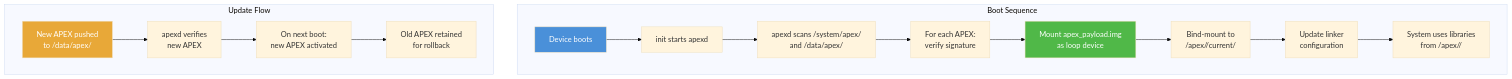
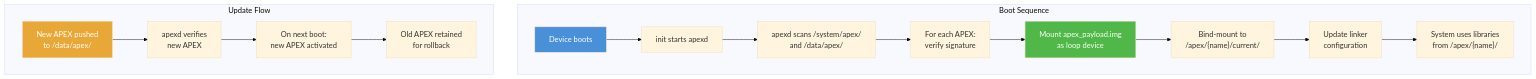
One commit to fwrite0920/aosp-internal-book changed diagram 13 of 18 in 02-source-and-build.md. Above: the diagram before and after it, drawn with Mermaid (base theme). The commit also changed other lines of this file and 4 other files, not shown here.

First line of the commit message:
Fix Mermaid diagrams and formatting in Parts I-II (chapters 1-5)

````diff
--- a/02-source-and-build.md
+++ b/02-source-and-build.md
@@ -3120,28 +3120,28 @@
 ```mermaid
 graph TB
     subgraph "Boot Sequence"
         A[Device boots]
         B[init starts apexd]
         C["apexd scans /system/apex/<br/>and /data/apex/"]
         D["For each APEX:<br/>verify signature"]
         E["Mount apex_payload.img<br/>as loop device"]
-        F["Bind-mount to<br/>/apex/<name>/current/"]
+        F["Bind-mount to<br/>/apex/{name}/current/"]
         G["Update linker<br/>configuration"]
-        H["System uses libraries<br/>from /apex/<name>/"]
+        H["System uses libraries<br/>from /apex/{name}/"]
 
         A --> B --> C --> D --> E --> F --> G --> H
     end
 
     subgraph "Update Flow"
         U1["New APEX pushed<br/>to /data/apex/"]
         U2["apexd verifies<br/>new APEX"]
         U3["On next boot:<br/>new APEX activated"]
         U4["Old APEX retained<br/>for rollback"]
 
         U1 --> U2 --> U3 --> U4
     end
 
     style A fill:#4a90d9,color:#fff
     style E fill:#50b848,color:#fff
     style U1 fill:#e8a838,color:#fff
 ```
````
